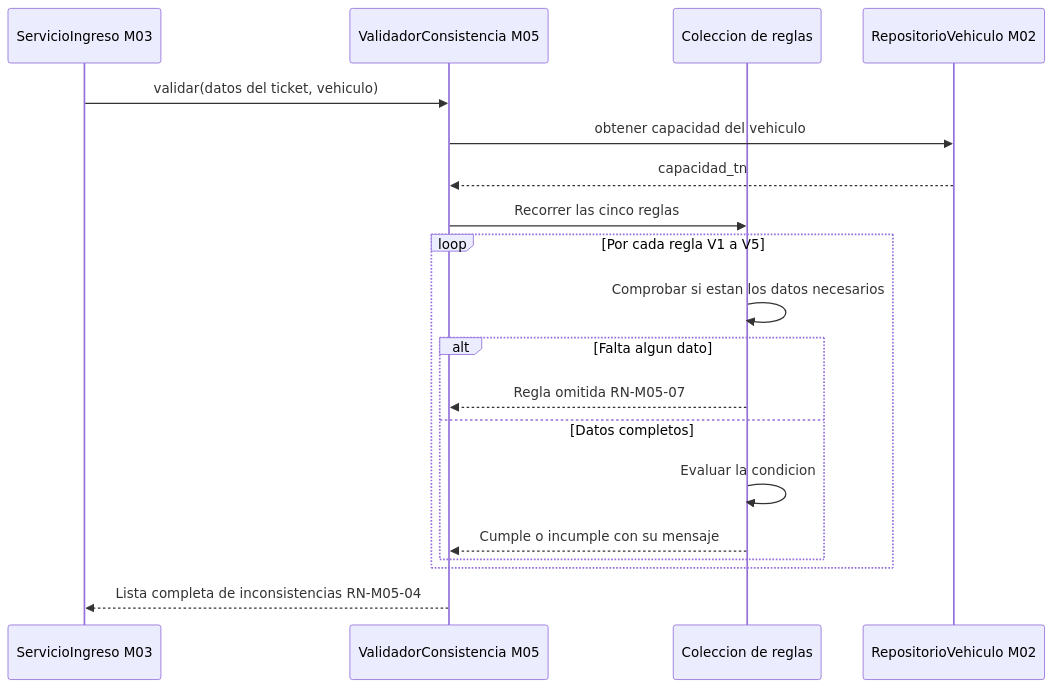
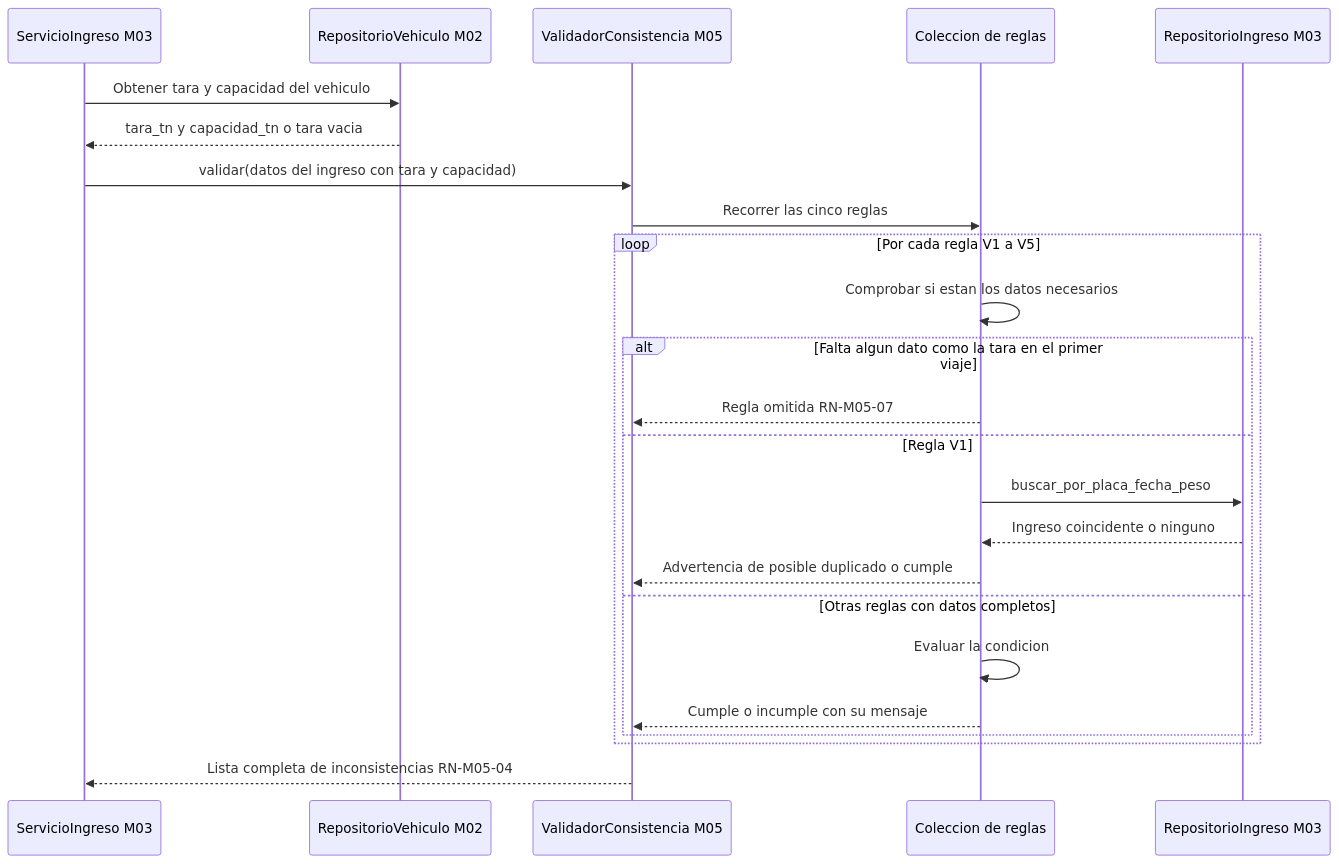
The first of 3 diagrams in docs/modulos/M05-validacion/diagramas/secuencia.md (adlerOmonte1/LogisticaMinera), drawn with Mermaid before and after one commit. The commit also changed other lines of this file and 91 other files, not shown here.

First line of the commit message:
docs(reformulacion): Aplica el formato real del ticket y el destare

````diff
--- a/docs/modulos/M05-validacion/diagramas/secuencia.md
+++ b/docs/modulos/M05-validacion/diagramas/secuencia.md
@@ -5,24 +5,29 @@
 ```mermaid
 sequenceDiagram
     participant SRV as ServicioIngreso M03
+    participant CAT as RepositorioVehiculo M02
     participant VAL as ValidadorConsistencia M05
     participant REG as Coleccion de reglas
-    participant CAT as RepositorioVehiculo M02
+    participant DUP as RepositorioIngreso M03
 
-    SRV->>VAL: validar(datos del ticket, vehiculo)
-    VAL->>CAT: obtener capacidad del vehiculo
-    CAT-->>VAL: capacidad_tn
+    SRV->>CAT: Obtener tara y capacidad del vehiculo
+    CAT-->>SRV: tara_tn y capacidad_tn o tara vacia
+    SRV->>VAL: validar(datos del ingreso con tara y capacidad)
     VAL->>REG: Recorrer las cinco reglas
 
     loop Por cada regla V1 a V5
         REG->>REG: Comprobar si estan los datos necesarios
-        alt Falta algun dato
+        alt Falta algun dato como la tara en el primer viaje
             REG-->>VAL: Regla omitida RN-M05-07
-        else Datos completos
+        else Regla V1
+            REG->>DUP: buscar_por_placa_fecha_peso
+            DUP-->>REG: Ingreso coincidente o ninguno
+            REG-->>VAL: Advertencia de posible duplicado o cumple
+        else Otras reglas con datos completos
             REG->>REG: Evaluar la condicion
             REG-->>VAL: Cumple o incumple con su mensaje
         end
     end
 
     VAL-->>SRV: Lista completa de inconsistencias RN-M05-04
 ```
````
